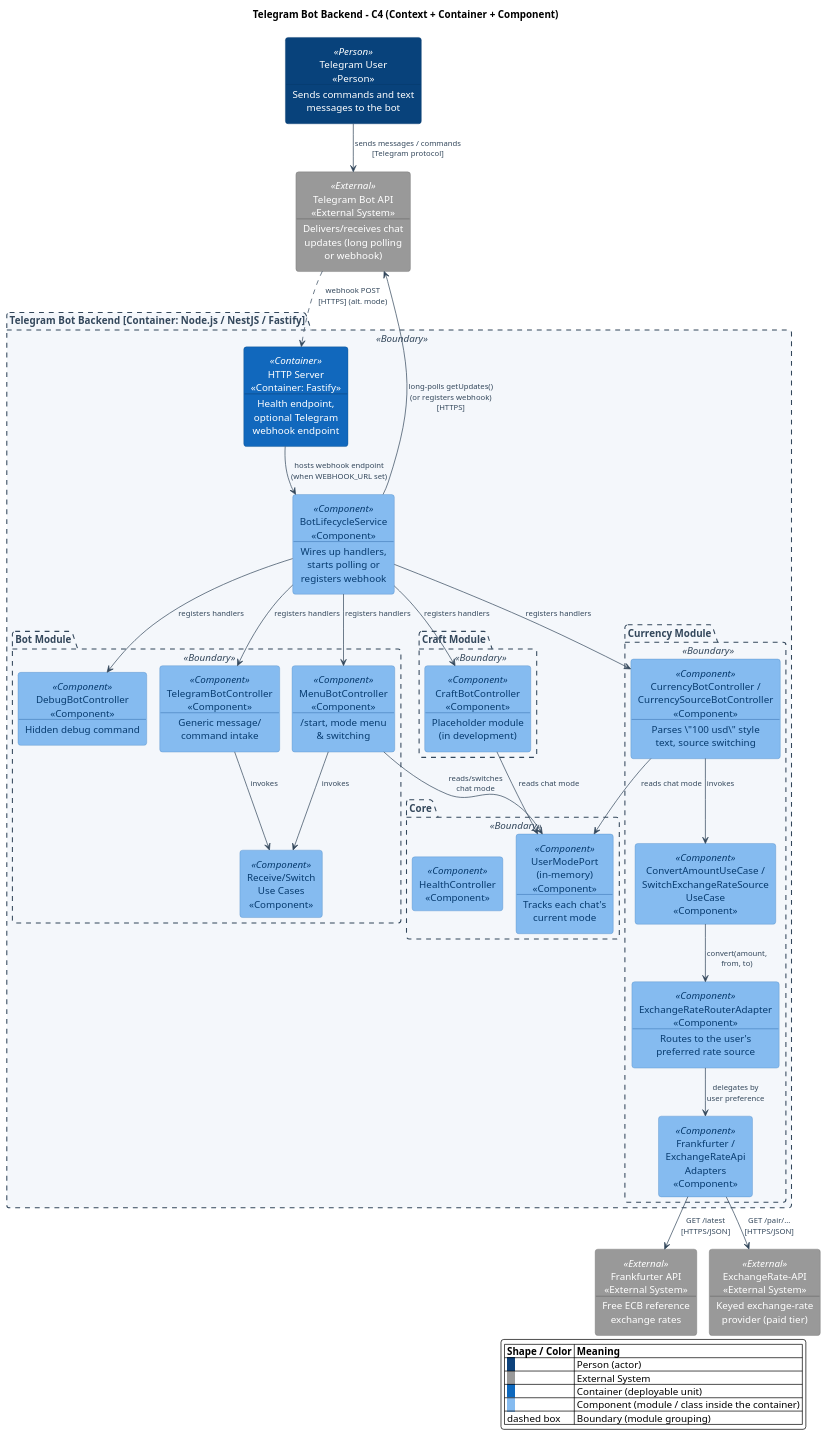
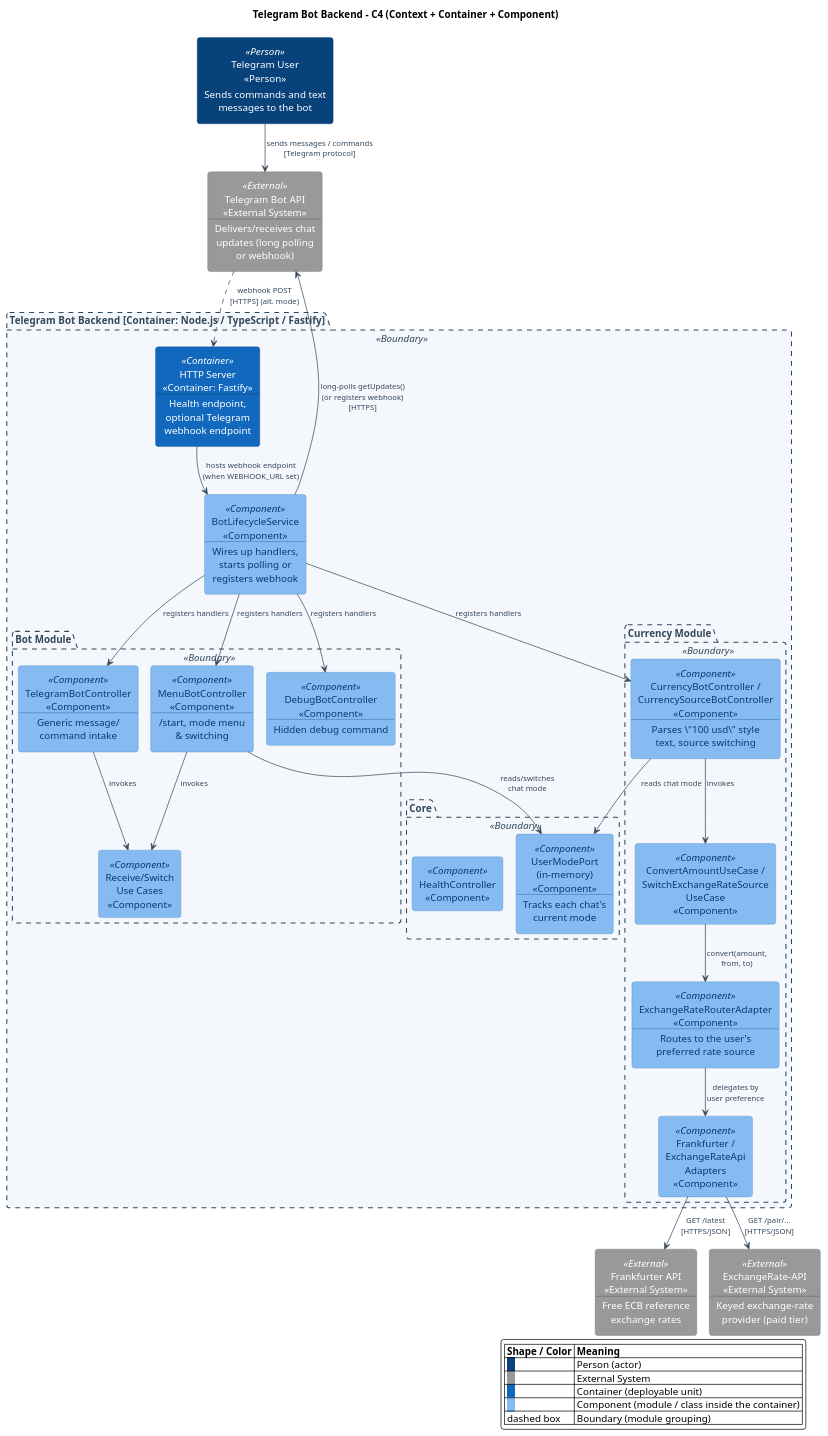
One commit to Pone4ka/TGBotCraftOrSomething changed the diagram in docs/c4-diagram.puml. Above: the diagram before and after it, drawn with PlantUML. The commit also changed 53 other files, not shown here.

```diff
--- a/docs/c4-diagram.puml
+++ b/docs/c4-diagram.puml
@@ -1,116 +1,110 @@
 @startuml C4-TelegramBotBackend
 !pragma layout smetana
 title Telegram Bot Backend - C4 (Context + Container + Component)
 
 skinparam backgroundColor #FFFFFF
 skinparam shadowing false
 skinparam roundcorner 8
 skinparam ArrowColor #33475B
 skinparam ArrowFontColor #33475B
 skinparam ArrowFontSize 11
 skinparam defaultTextAlignment center
 
 skinparam rectangle {
   BorderColor #33475B
   FontColor #FFFFFF
 }
 skinparam package {
   BorderColor #33475B
   FontColor #33475B
 }
 
 skinparam rectangle<<Person>> {
   BackgroundColor #08427B
   BorderColor #073B6F
 }
 skinparam rectangle<<External>> {
   BackgroundColor #999999
   BorderColor #6B6B6B
 }
 skinparam rectangle<<Container>> {
   BackgroundColor #1168BD
   BorderColor #0B4884
 }
 skinparam rectangle<<Component>> {
   BackgroundColor #85BBF0
   BorderColor #4A85C1
   FontColor #073B6F
 }
 skinparam package<<Boundary>> {
   BackgroundColor #F4F7FB
   BorderStyle dashed
 }
 
 ' ---------- Actor ----------
 rectangle "Telegram User\n<<Person>>\n--\nSends commands and text\nmessages to the bot" <<Person>> as User
 
 ' ---------- External systems ----------
 rectangle "Telegram Bot API\n<<External System>>\n--\nDelivers/receives chat\nupdates (long polling\nor webhook)" <<External>> as TelegramApi
 rectangle "Frankfurter API\n<<External System>>\n--\nFree ECB reference\nexchange rates" <<External>> as Frankfurter
 rectangle "ExchangeRate-API\n<<External System>>\n--\nKeyed exchange-rate\nprovider (paid tier)" <<External>> as ExchangeRateApi
 
 ' ---------- Container boundary ----------
-package "Telegram Bot Backend  [Container: Node.js / NestJS / Fastify]" <<Boundary>> as Backend {
+package "Telegram Bot Backend  [Container: Node.js / TypeScript / Fastify]" <<Boundary>> as Backend {
 
   rectangle "HTTP Server\n<<Container: Fastify>>\n--\nHealth endpoint,\noptional Telegram\nwebhook endpoint" <<Container>> as Http
 
   rectangle "BotLifecycleService\n<<Component>>\n--\nWires up handlers,\nstarts polling or\nregisters webhook" <<Component>> as Lifecycle
 
   package "Bot Module" <<Boundary>> {
     rectangle "TelegramBotController\n<<Component>>\n--\nGeneric message/\ncommand intake" <<Component>> as TelegramCtrl
     rectangle "MenuBotController\n<<Component>>\n--\n/start, mode menu\n& switching" <<Component>> as MenuCtrl
     rectangle "DebugBotController\n<<Component>>\n--\nHidden debug command" <<Component>> as DebugCtrl
     rectangle "Receive/Switch\nUse Cases\n<<Component>>" <<Component>> as BotUseCases
   }
 
   package "Currency Module" <<Boundary>> {
     rectangle "CurrencyBotController /\nCurrencySourceBotController\n<<Component>>\n--\nParses \"100 usd\" style\ntext, source switching" <<Component>> as CurrencyCtrl
     rectangle "ConvertAmountUseCase /\nSwitchExchangeRateSource\nUseCase\n<<Component>>" <<Component>> as CurrencyUseCases
     rectangle "ExchangeRateRouterAdapter\n<<Component>>\n--\nRoutes to the user's\npreferred rate source" <<Component>> as RateRouter
     rectangle "Frankfurter /\nExchangeRateApi\nAdapters\n<<Component>>" <<Component>> as RateAdapters
   }
 
-  package "Craft Module" <<Boundary>> {
-    rectangle "CraftBotController\n<<Component>>\n--\nPlaceholder module\n(in development)" <<Component>> as CraftCtrl
-  }
-
   package "Core" <<Boundary>> {
     rectangle "UserModePort\n(in-memory)\n<<Component>>\n--\nTracks each chat's\ncurrent mode" <<Component>> as UserMode
     rectangle "HealthController\n<<Component>>" <<Component>> as Health
   }
 }
 
 ' ---------- Relationships ----------
 User --> TelegramApi : "sends messages / commands\n[Telegram protocol]"
 Lifecycle --> TelegramApi : "long-polls getUpdates()\n(or registers webhook)\n[HTTPS]"
 Http --> Lifecycle : "hosts webhook endpoint\n(when WEBHOOK_URL set)"
 TelegramApi ..> Http : "webhook POST\n[HTTPS] (alt. mode)"
 
 Lifecycle --> TelegramCtrl : registers handlers
 Lifecycle --> MenuCtrl : registers handlers
 Lifecycle --> DebugCtrl : registers handlers
 Lifecycle --> CurrencyCtrl : registers handlers
-Lifecycle --> CraftCtrl : registers handlers
 
 TelegramCtrl --> BotUseCases : invokes
 MenuCtrl --> BotUseCases : invokes
 MenuCtrl --> UserMode : "reads/switches\nchat mode"
-CraftCtrl --> UserMode : "reads chat mode"
 
 CurrencyCtrl --> CurrencyUseCases : invokes
 CurrencyCtrl --> UserMode : "reads chat mode"
 CurrencyUseCases --> RateRouter : "convert(amount,\nfrom, to)"
 RateRouter --> RateAdapters : "delegates by\nuser preference"
 RateAdapters --> Frankfurter : "GET /latest\n[HTTPS/JSON]"
 RateAdapters --> ExchangeRateApi : "GET /pair/...\n[HTTPS/JSON]"
 
 legend right
   |= Shape / Color |= Meaning |
   | <back:#08427B><color:#FFFFFF>   </color></back> | Person (actor) |
   | <back:#999999><color:#FFFFFF>   </color></back> | External System |
   | <back:#1168BD><color:#FFFFFF>   </color></back> | Container (deployable unit) |
   | <back:#85BBF0>   </back> | Component (module / class inside the container) |
   | dashed box | Boundary (module grouping) |
 endlegend
 
 @enduml
```
